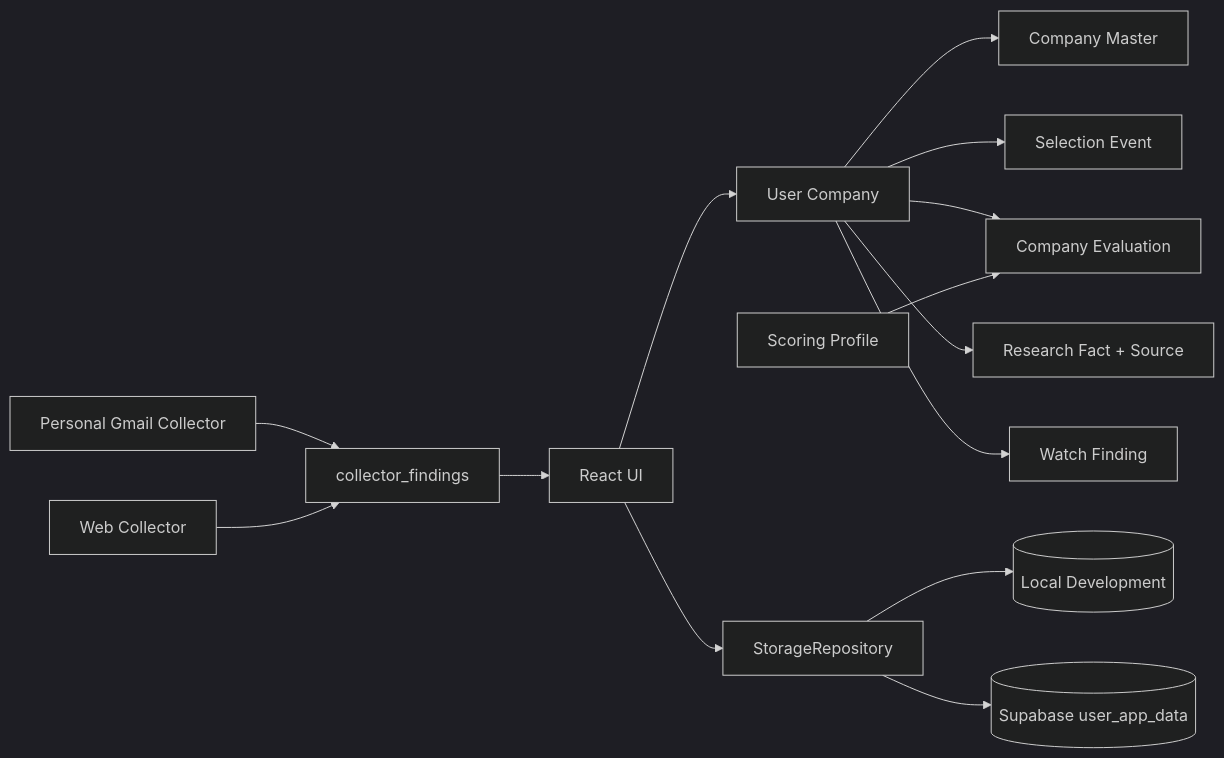
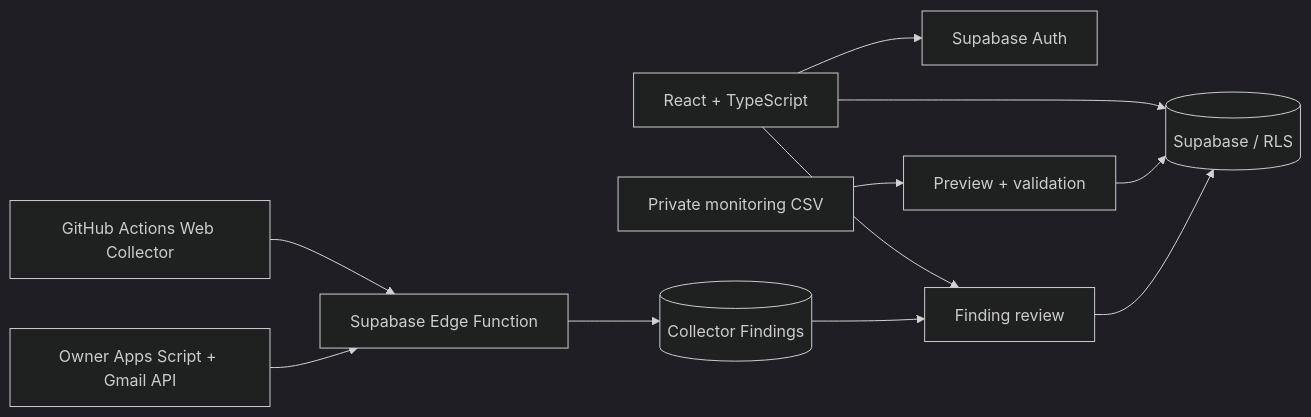
One commit to fujishusuke1215-alt/job-hunt-manager changed the diagram in README.md. Above: the diagram before and after it, drawn with Mermaid (dark theme). The commit also changed other lines of this file and 7 other files, not shown here.

````diff
--- a/README.md
+++ b/README.md
@@ -52,16 +34,13 @@
 ```mermaid
 flowchart LR
-  UI[React UI] --> UC[User Company]
-  UC --> MC[Company Master]
-  UC --> EV[Selection Event]
-  UC --> CE[Company Evaluation]
-  SP[Scoring Profile] --> CE
-  UC --> RF[Research Fact + Source]
-  UC --> WF[Watch Finding]
-  UI --> SR[StorageRepository]
-  SR --> LS[(Local Development)]
-  SR --> SB[(Supabase user_app_data)]
-  Gmail[Personal Gmail Collector] --> CF[collector_findings]
-  Web[Web Collector] --> CF
-  CF --> UI
+  UI[React + TypeScript] --> AUTH[Supabase Auth]
+  UI --> DATA[(Supabase / RLS)]
+  UI --> REVIEW[Finding review]
+  CSV[Private monitoring CSV] --> IMPORT[Preview + validation]
+  IMPORT --> DATA
+  WEB[GitHub Actions Web Collector] --> INGEST[Supabase Edge Function]
+  GMAIL[Owner Apps Script + Gmail API] --> INGEST
+  INGEST --> FINDINGS[(Collector Findings)]
+  FINDINGS --> REVIEW
+  REVIEW --> DATA
 ```
````
